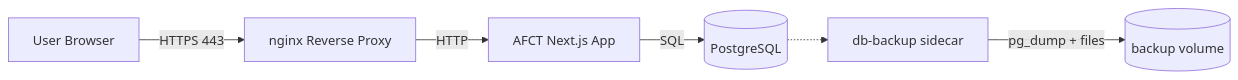
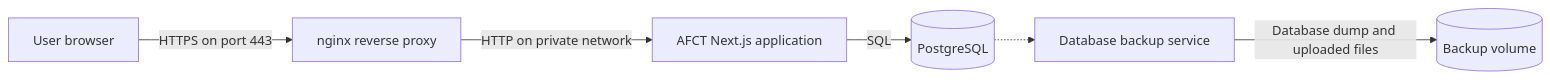
One commit to PennStateCS/AFCT changed the diagram in docs/setup/production.md. Above: the diagram before and after it, drawn with Mermaid. The commit also changed other lines of this file and 1 other file, not shown here.

````diff
--- a/docs/setup/production.md
+++ b/docs/setup/production.md
@@ -257,9 +1161,9 @@
 ```mermaid
 graph LR
-    User[User Browser]
-    User -->|HTTPS 443| Nginx[nginx Reverse Proxy]
-    Nginx -->|HTTP| App[AFCT Next.js App]
+    User[User browser]
+    User -->|HTTPS on port 443| Nginx[nginx reverse proxy]
+    Nginx -->|HTTP on private network| App[AFCT Next.js application]
     App -->|SQL| DB[(PostgreSQL)]
-    Backup[db-backup sidecar] -->|pg_dump + files| Vol[(backup volume)]
+    Backup[Database backup service] -->|Database dump and uploaded files| Vol[(Backup volume)]
     DB -.-> Backup
 ```
````
